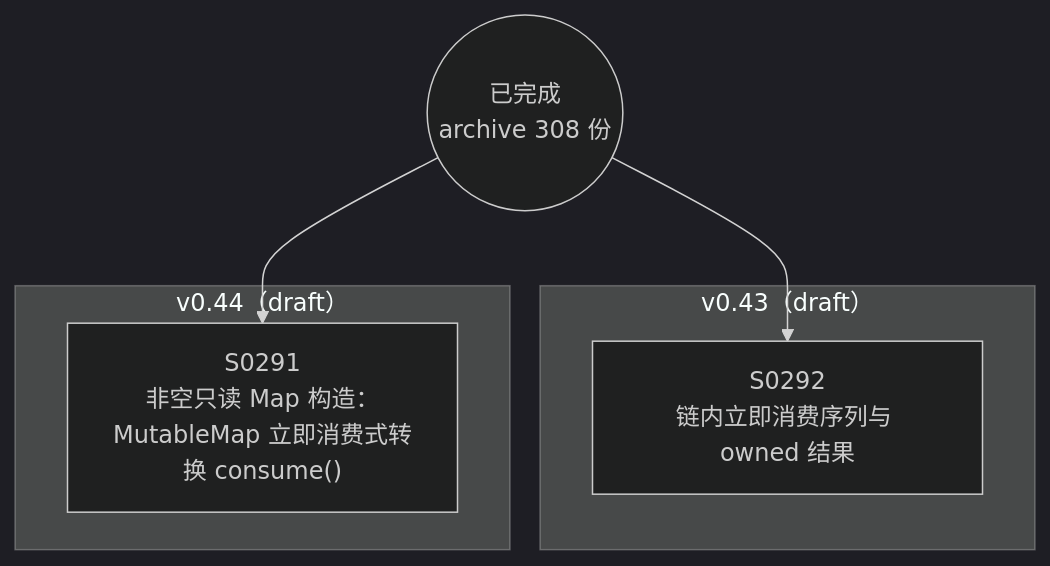
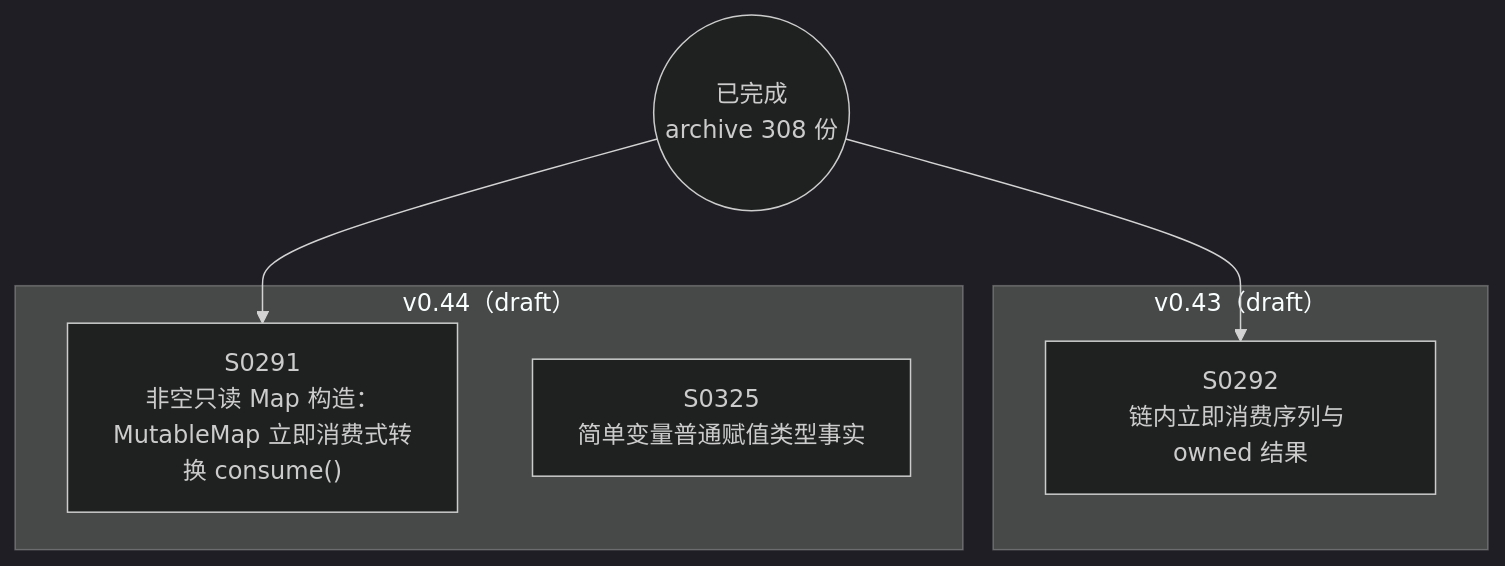
One commit to Halckon/Koven changed the diagram in docs/specs/dependency-graph.md. Above: the diagram before and after it, drawn with Mermaid (dark theme). The commit also changed other lines of this file and 7 other files, not shown here.

````diff
--- a/docs/specs/dependency-graph.md
+++ b/docs/specs/dependency-graph.md
@@ -9,12 +9,13 @@
 ```mermaid
 flowchart TD
 ARCH(("已完成<br/>archive 308 份"))
 subgraph Gdrafts_v043["v0.43（draft）"]
   S0292["S0292<br/>链内立即消费序列与 owned 结果"]
 end
 subgraph Gdrafts_v044["v0.44（draft）"]
   S0291["S0291<br/>非空只读 Map 构造：MutableMap 立即消费式转换 consume()"]
+  S0325["S0325<br/>简单变量普通赋值类型事实"]
 end
 ARCH --> S0291
 ARCH --> S0292
 ```
````
